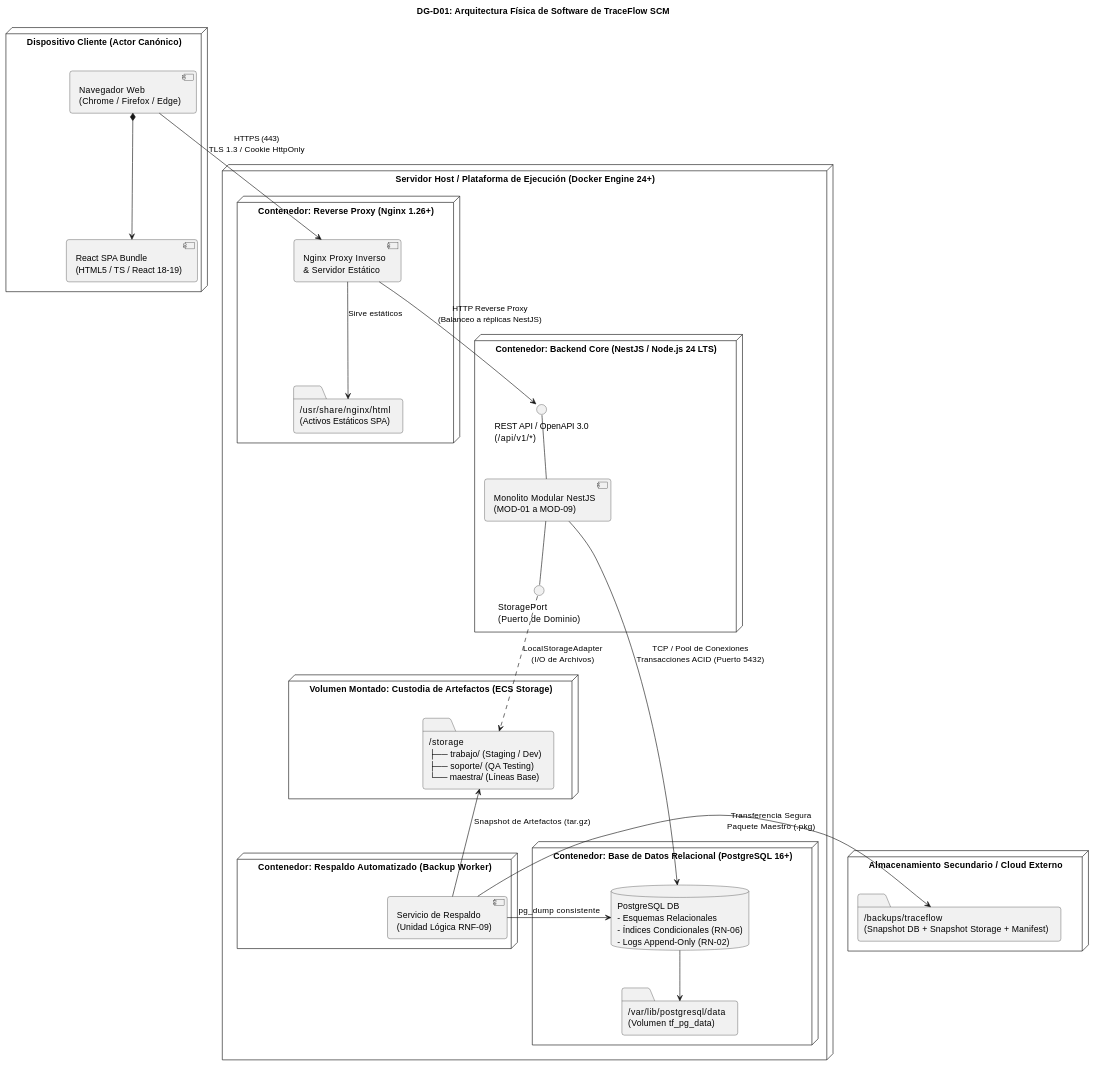
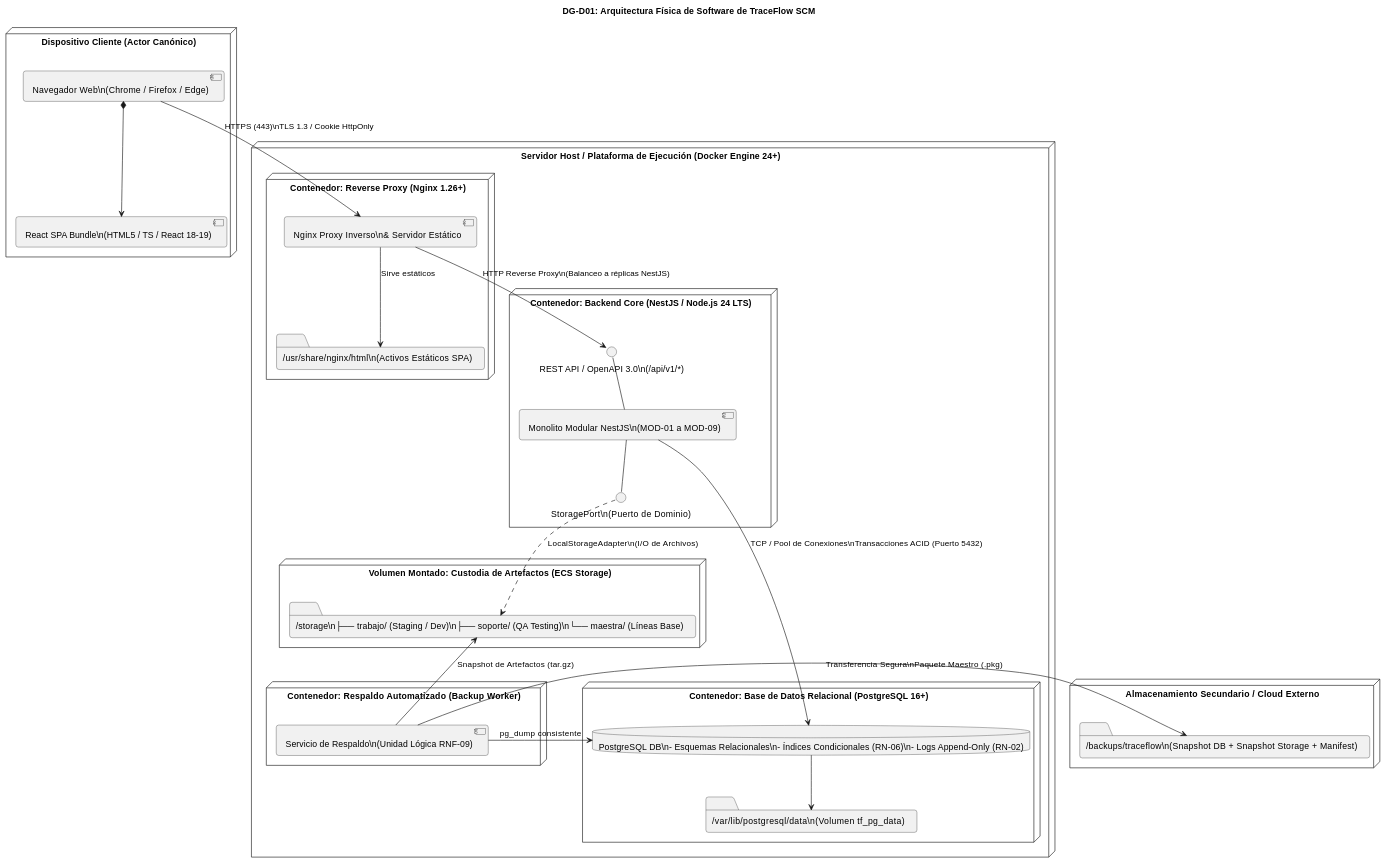
One commit to JMedina255/TraceFlow changed the first of 15 diagrams in FD05-EPIS-Informe_SAD_Diseno.md. Above: the diagram before and after it, drawn with PlantUML. The commit also changed other lines of this file and 6 other files, not shown here.

````diff
--- a/FD05-EPIS-Informe_SAD_Diseno.md
+++ b/FD05-EPIS-Informe_SAD_Diseno.md
@@ -261,59 +262,59 @@
 ```plantuml
 @startuml
 skinparam shadowing false
 skinparam roundcorner 8
 skinparam defaultFontName Arial
 
 title <b>DG-D01: Arquitectura Física de Software de TraceFlow SCM</b>
 
 node "Dispositivo Cliente (Actor Canónico)" as ClientDevice {
-    component [Navegador Web\n(Chrome / Firefox / Edge)] as Browser
-    artifact [React SPA Bundle\n(HTML5 / TS / React 18-19)] as SPAApp
+    component [Navegador Web\\n(Chrome / Firefox / Edge)] as Browser
+    artifact [React SPA Bundle\\n(HTML5 / TS / React 18-19)] as SPAApp
     Browser *-down-> SPAApp
 }
 
 node "Servidor Host / Plataforma de Ejecución (Docker Engine 24+)" as AppServer {
     
     node "Contenedor: Reverse Proxy (Nginx 1.26+)" as NginxContainer {
-        component [Nginx Proxy Inverso\n& Servidor Estático] as NginxEngine
-        folder "/usr/share/nginx/html\n(Activos Estáticos SPA)" as StaticFolder
+        component [Nginx Proxy Inverso\\n& Servidor Estático] as NginxEngine
+        folder "/usr/share/nginx/html\\n(Activos Estáticos SPA)" as StaticFolder
         NginxEngine -down-> StaticFolder : Sirve estáticos
     }
 
     node "Contenedor: Backend Core (NestJS / Node.js 24 LTS)" as BackendContainer {
-        component [Monolito Modular NestJS\n(MOD-01 a MOD-09)] as ModularMonolith
-        interface "REST API / OpenAPI 3.0\n(/api/v1/*)" as RestInterface
-        interface "StoragePort\n(Puerto de Dominio)" as StoragePortInterface
+        component [Monolito Modular NestJS\\n(MOD-01 a MOD-09)] as ModularMonolith
+        interface "REST API / OpenAPI 3.0\\n(/api/v1/*)" as RestInterface
+        interface "StoragePort\\n(Puerto de Dominio)" as StoragePortInterface
         ModularMonolith -up- RestInterface
         ModularMonolith -down- StoragePortInterface
     }
 
     node "Contenedor: Base de Datos Relacional (PostgreSQL 16+)" as DBContainer {
-        database "PostgreSQL DB\n- Esquemas Relacionales\n- Índices Condicionales (RN-06)\n- Logs Append-Only (RN-02)" as PostgresDB
-        folder "/var/lib/postgresql/data\n(Volumen tf_pg_data)" as DBVolume
+        database "PostgreSQL DB\\n- Esquemas Relacionales\\n- Índices Condicionales (RN-06)\\n- Logs Append-Only (RN-02)" as PostgresDB
+        folder "/var/lib/postgresql/data\\n(Volumen tf_pg_data)" as DBVolume
         PostgresDB -down-> DBVolume
     }
 
     node "Volumen Montado: Custodia de Artefactos (ECS Storage)" as StorageVolume {
-        folder "/storage\n├── trabajo/ (Staging / Dev)\n├── soporte/ (QA Testing)\n└── maestra/ (Líneas Base)" as PhysicalStorage
+        folder "/storage\\n├── trabajo/ (Staging / Dev)\\n├── soporte/ (QA Testing)\\n└── maestra/ (Líneas Base)" as PhysicalStorage
     }
 
     node "Contenedor: Respaldo Automatizado (Backup Worker)" as BackupContainer {
-        component [Servicio de Respaldo\n(Unidad Lógica RNF-09)] as BackupService
+        component [Servicio de Respaldo\\n(Unidad Lógica RNF-09)] as BackupService
     }
 }
 
 node "Almacenamiento Secundario / Cloud Externo" as ExternalStorage {
-    folder "/backups/traceflow\n(Snapshot DB + Snapshot Storage + Manifest)" as RemoteBackups
+    folder "/backups/traceflow\\n(Snapshot DB + Snapshot Storage + Manifest)" as RemoteBackups
 }
 
-Browser --> NginxEngine : HTTPS (443)\nTLS 1.3 / Cookie HttpOnly
-NginxEngine --> RestInterface : HTTP Reverse Proxy\n(Balanceo a réplicas NestJS)
-ModularMonolith --> PostgresDB : TCP / Pool de Conexiones\nTransacciones ACID (Puerto 5432)
-StoragePortInterface ..> PhysicalStorage : LocalStorageAdapter\n(I/O de Archivos)
+Browser --> NginxEngine : HTTPS (443)\\nTLS 1.3 / Cookie HttpOnly
+NginxEngine --> RestInterface : HTTP Reverse Proxy\\n(Balanceo a réplicas NestJS)
+ModularMonolith --> PostgresDB : TCP / Pool de Conexiones\\nTransacciones ACID (Puerto 5432)
+StoragePortInterface ..> PhysicalStorage : LocalStorageAdapter\\n(I/O de Archivos)
 BackupService -left-> PostgresDB : pg_dump consistente
 BackupService -up-> PhysicalStorage : Snapshot de Artefactos (tar.gz)
-BackupService -right-> RemoteBackups : Transferencia Segura\nPaquete Maestro (.pkg)
+BackupService -right-> RemoteBackups : Transferencia Segura\\nPaquete Maestro (.pkg)
 
 @enduml
 ```
````
